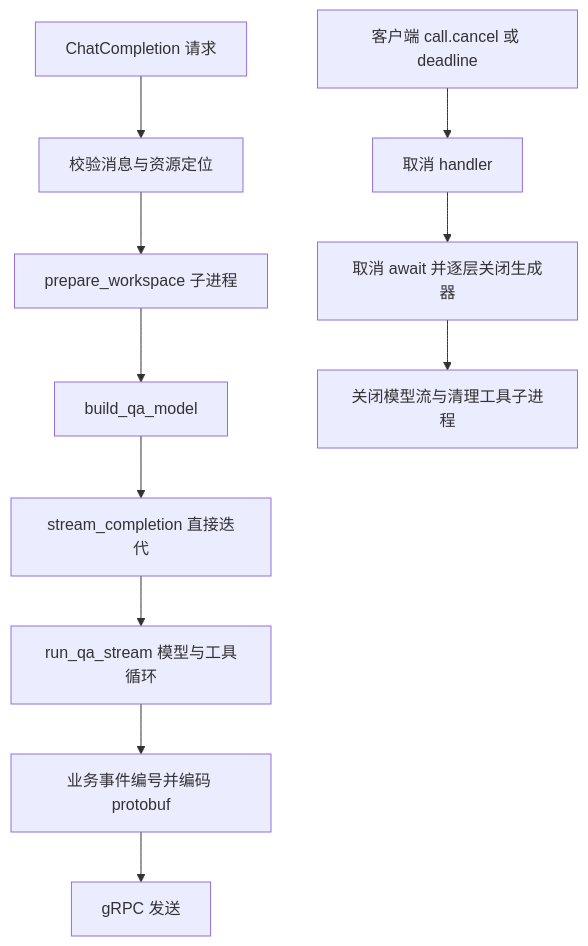
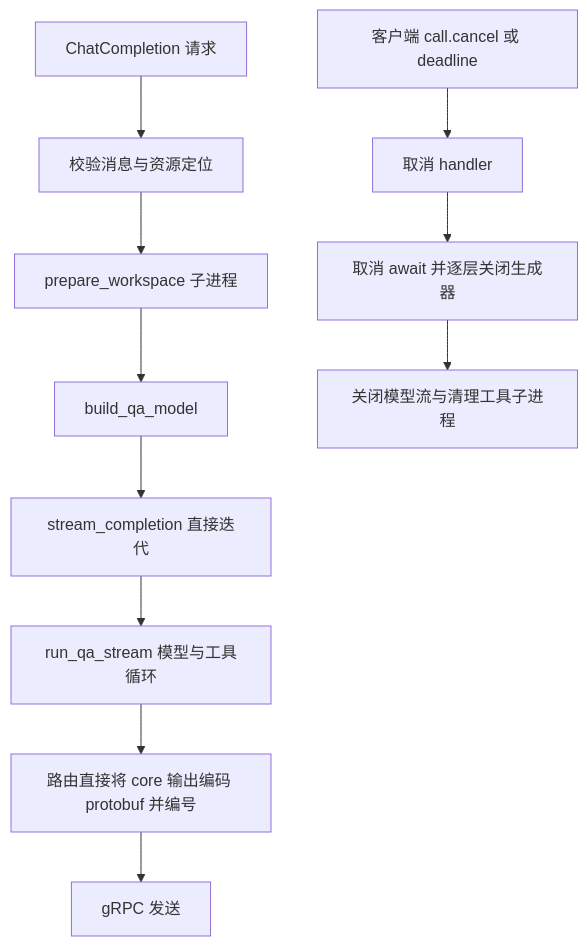
The diagram in agent/service/file_extraction_agent/docs/flowchart.md (ADChahaha/TraceAgent), drawn with Mermaid before and after one commit. The commit also changed 36 other files, not shown here.

````diff
--- a/agent/service/file_extraction_agent/docs/flowchart.md
+++ b/agent/service/file_extraction_agent/docs/flowchart.md
@@ -5,13 +5,13 @@
 ```mermaid
 flowchart TD
     A[ChatCompletion 请求] --> B[校验消息与资源定位]
     B --> C[prepare_workspace 子进程]
     C --> D[build_qa_model]
     D --> E[stream_completion 直接迭代]
     E --> F[run_qa_stream 模型与工具循环]
-    F --> G[业务事件编号并编码 protobuf]
+    F --> G[路由直接将 core 输出编码 protobuf 并编号]
     G --> H[gRPC 发送]
     X[客户端 call.cancel 或 deadline] --> Y[取消 handler]
     Y --> Z[取消 await 并逐层关闭生成器]
     Z --> W[关闭模型流与清理工具子进程]
 ```
````
